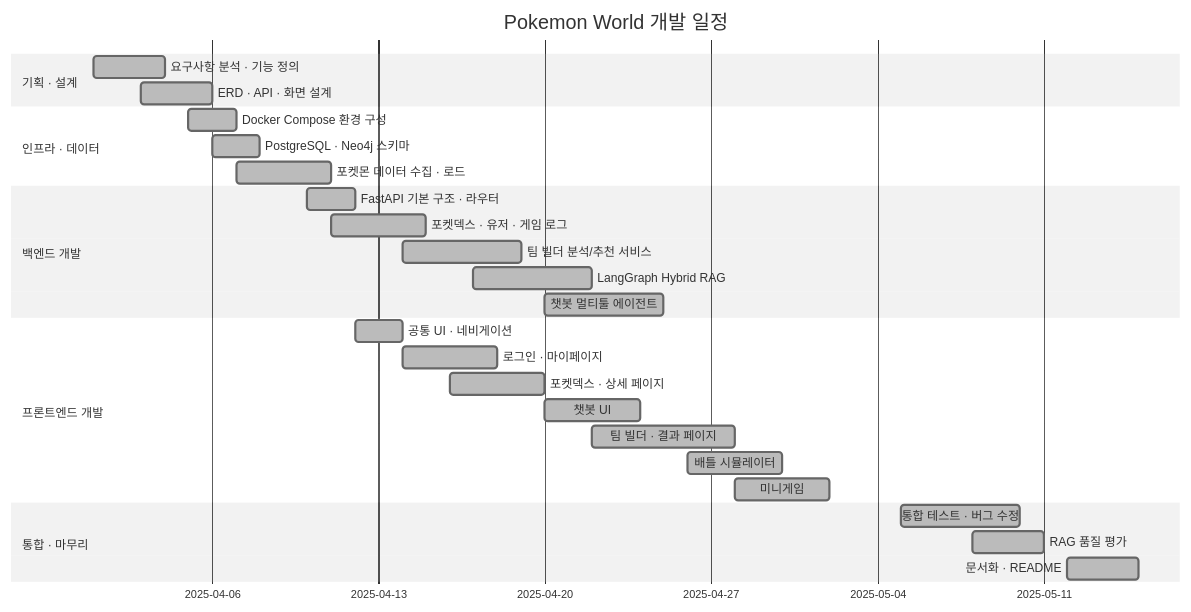
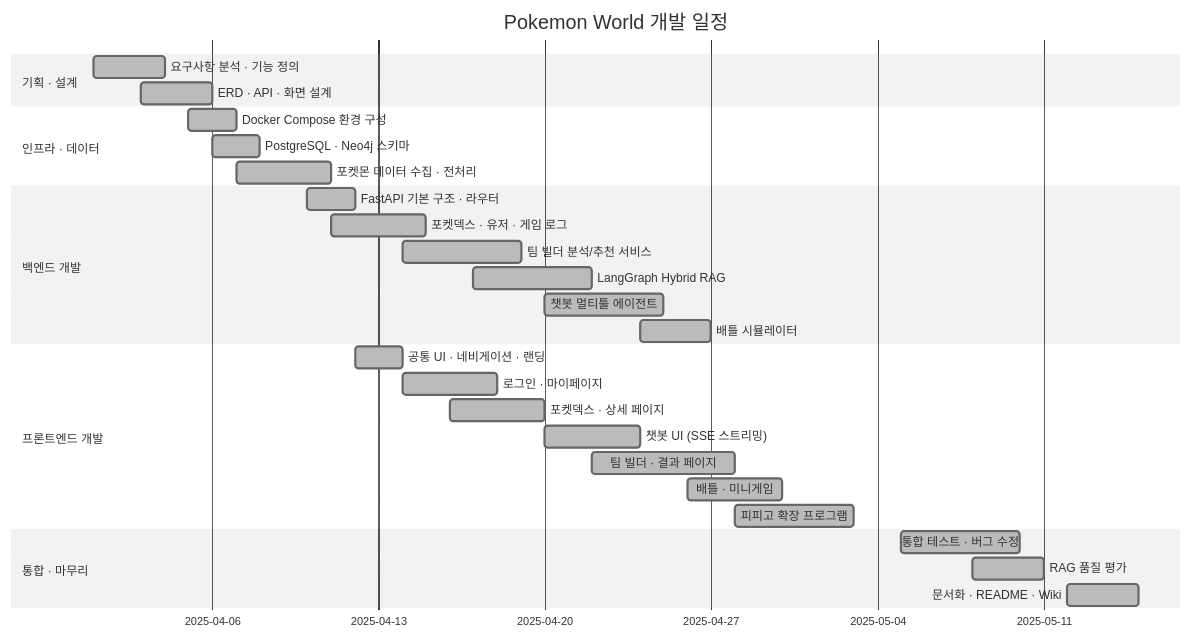
One commit to SKNETWORKS-FAMILY-AICAMP/SKN27-3rd-3TEAM changed the diagram in wiki/Requirements-and-Testing.md. Above: the diagram before and after it, drawn with Mermaid (neutral theme). The commit also changed other lines of this file and 13 other files, not shown here.

````diff
--- a/wiki/Requirements-and-Testing.md
+++ b/wiki/Requirements-and-Testing.md
@@ -58,35 +111,36 @@
 ```mermaid
 gantt
     title Pokemon World 개발 일정
     dateFormat  YYYY-MM-DD
 
     section 기획 · 설계
-    요구사항 분석 · 기능 정의     :done, 2025-04-01, 3d
-    ERD · API · 화면 설계         :done, 2025-04-03, 3d
+    요구사항 분석 · 기능 정의       :done, 2025-04-01, 3d
+    ERD · API · 화면 설계           :done, 2025-04-03, 3d
 
     section 인프라 · 데이터
-    Docker Compose 환경 구성      :done, 2025-04-05, 2d
-    PostgreSQL · Neo4j 스키마     :done, 2025-04-06, 2d
-    포켓몬 데이터 수집 · 로드     :done, 2025-04-07, 4d
+    Docker Compose 환경 구성        :done, 2025-04-05, 2d
+    PostgreSQL · Neo4j 스키마       :done, 2025-04-06, 2d
+    포켓몬 데이터 수집 · 전처리     :done, 2025-04-07, 4d
 
     section 백엔드 개발
-    FastAPI 기본 구조 · 라우터    :done, 2025-04-10, 2d
-    포켓덱스 · 유저 · 게임 로그  :done, 2025-04-11, 4d
-    팀 빌더 분석/추천 서비스      :done, 2025-04-14, 5d
-    LangGraph Hybrid RAG          :done, 2025-04-17, 5d
-    챗봇 멀티툴 에이전트          :done, 2025-04-20, 5d
+    FastAPI 기본 구조 · 라우터      :done, 2025-04-10, 2d
+    포켓덱스 · 유저 · 게임 로그     :done, 2025-04-11, 4d
+    팀 빌더 분석/추천 서비스        :done, 2025-04-14, 5d
+    LangGraph Hybrid RAG            :done, 2025-04-17, 5d
+    챗봇 멀티툴 에이전트            :done, 2025-04-20, 5d
+    배틀 시뮬레이터                 :done, 2025-04-24, 3d
 
     section 프론트엔드 개발
-    공통 UI · 네비게이션          :done, 2025-04-12, 2d
-    로그인 · 마이페이지           :done, 2025-04-14, 4d
-    포켓덱스 · 상세 페이지        :done, 2025-04-16, 4d
-    챗봇 UI                       :done, 2025-04-20, 4d
-    팀 빌더 · 결과 페이지         :done, 2025-04-22, 6d
-    배틀 시뮬레이터               :done, 2025-04-26, 4d
-    미니게임                      :done, 2025-04-28, 4d
+    공통 UI · 네비게이션 · 랜딩     :done, 2025-04-12, 2d
+    로그인 · 마이페이지             :done, 2025-04-14, 4d
+    포켓덱스 · 상세 페이지          :done, 2025-04-16, 4d
+    챗봇 UI (SSE 스트리밍)          :done, 2025-04-20, 4d
+    팀 빌더 · 결과 페이지           :done, 2025-04-22, 6d
+    배틀 · 미니게임                 :done, 2025-04-26, 4d
+    피피고 확장 프로그램            :done, 2025-04-28, 5d
 
     section 통합 · 마무리
-    통합 테스트 · 버그 수정       :done, 2025-05-05, 5d
-    RAG 품질 평가                 :done, 2025-05-08, 3d
-    문서화 · README               :done, 2025-05-12, 3d
+    통합 테스트 · 버그 수정         :done, 2025-05-05, 5d
+    RAG 품질 평가                   :done, 2025-05-08, 3d
+    문서화 · README · Wiki          :done, 2025-05-12, 3d
 ```
````
